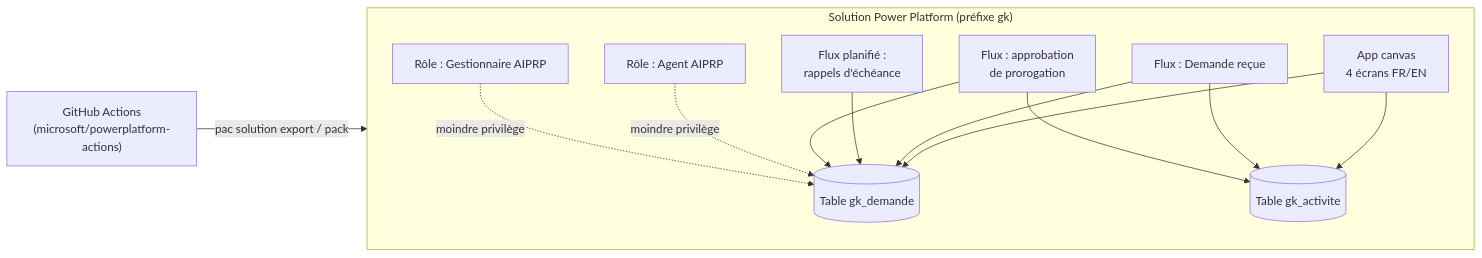
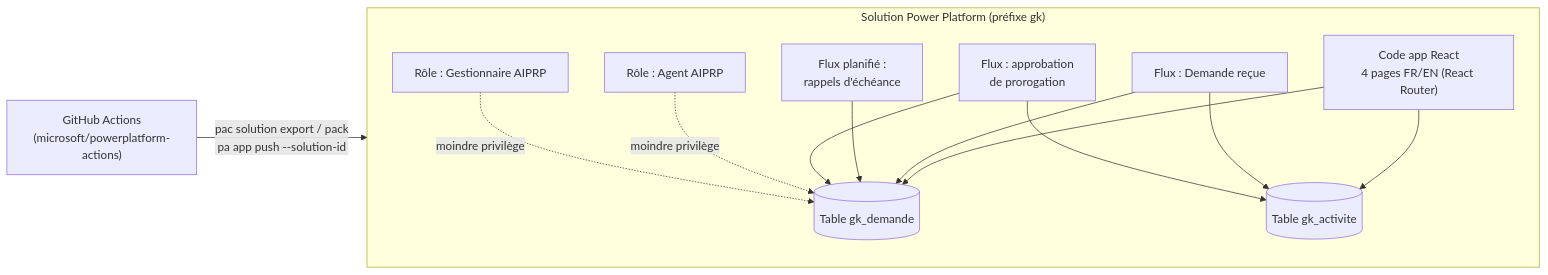
The second of 3 diagrams in docs/architecture.md (itsGween/tracker-aiprp), drawn with Mermaid before and after one commit. The commit also changed other lines of this file and 16 other files, not shown here.

First line of the commit message:
refactor: pivot vers une Power Apps code app (React) au lieu du canvas

````diff
--- a/docs/architecture.md
+++ b/docs/architecture.md
@@ -40,26 +40,26 @@
 ```mermaid
 graph LR
     subgraph Solution["Solution Power Platform (préfixe gk)"]
         direction TB
-        CanvasApp["App canvas<br/>4 écrans FR/EN"]
+        CodeApp["Code app React<br/>4 pages FR/EN (React Router)"]
         Flow1["Flux : Demande reçue"]
         Flow2["Flux planifié :<br/>rappels d'échéance"]
         Flow3["Flux : approbation<br/>de prorogation"]
         Tbl1[("Table gk_demande")]
         Tbl2[("Table gk_activite")]
         Role1["Rôle : Agent AIPRP"]
         Role2["Rôle : Gestionnaire AIPRP"]
     end
 
-    ALM["GitHub Actions<br/>(microsoft/powerplatform-actions)"] -->|"pac solution export / pack"| Solution
+    ALM["GitHub Actions<br/>(microsoft/powerplatform-actions)"] -->|"pac solution export / pack<br/>pa app push --solution-id"| Solution
 
-    CanvasApp --> Tbl1
-    CanvasApp --> Tbl2
+    CodeApp --> Tbl1
+    CodeApp --> Tbl2
     Flow1 --> Tbl1
     Flow1 --> Tbl2
     Flow2 --> Tbl1
     Flow3 --> Tbl1
     Flow3 --> Tbl2
     Role1 -. moindre privilège .-> Tbl1
     Role2 -. moindre privilège .-> Tbl1
 ```
````
